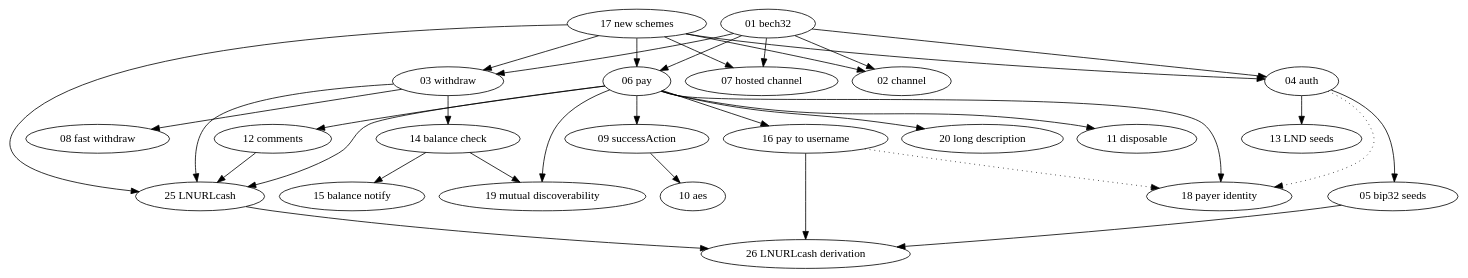
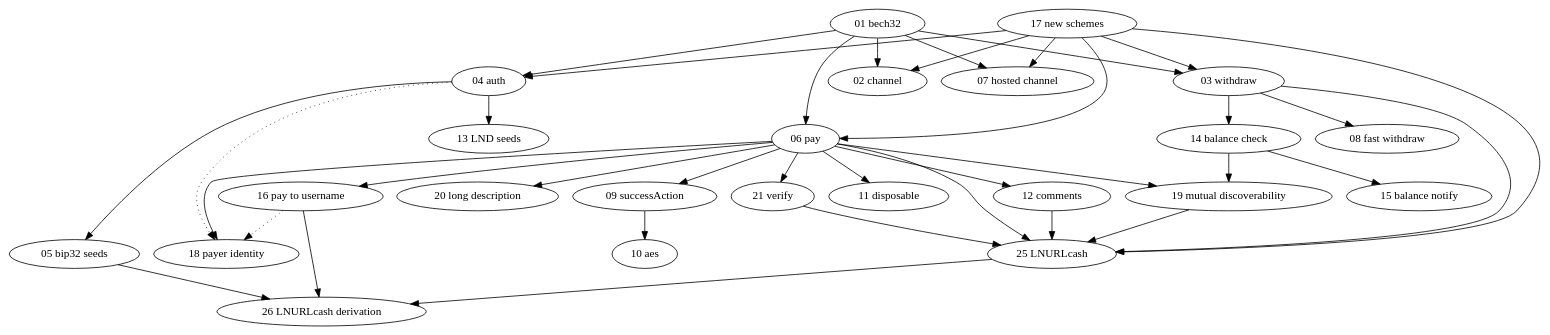
One commit to lnurl/luds changed the diagram in dependencies.dot. Above: the diagram before and after it, drawn with Graphviz. The commit also changed 4 other files, not shown here.

```diff
--- a/dependencies.dot
+++ b/dependencies.dot
@@ -1,39 +1,41 @@
 digraph {
   01[label="01 bech32"]
   02[label="02 channel"]
   03[label="03 withdraw"]
   04[label="04 auth"]
   05[label="05 bip32 seeds"]
   06[label="06 pay"]
   07[label="07 hosted channel"]
   08[label="08 fast withdraw"]
   09[label="09 successAction"]
   10[label="10 aes"]
   11[label="11 disposable"]
   12[label="12 comments"]
   13[label="13 LND seeds"]
   14[label="14 balance check"]
   15[label="15 balance notify"]
   16[label="16 pay to username"]
   17[label="17 new schemes"]
   18[label="18 payer identity"]
   19[label="19 mutual discoverability"]
   20[label="20 long description"]
+  21[label="21 verify"]
   25[label="25 LNURLcash"]
   26[label="26 LNURLcash derivation"]
 
   { 01 17 } -> { 02 03 04 06 07 } // base protocols depend on URL format
   04 -> { 05 13 } // lnurl-auth seed generation methods
   03 -> 08 // fast withdraw
   03 -> 14 -> 15 // balanceCheck/balanceNotify
   06 -> 11 // disposable lnurl-pay
   06 -> 20 // long description
+  06 -> 21 // payment verify
   06 -> 09 -> 10 // lnurl-pay successAction
   06 -> 12 // lnurl-pay comments
   06 -> 18 // lnurl-pay payer ids
   { 04 16 } -> 18 [style="dotted"] // loose relationship of payer id with lnurl-auth and lightning address
   06 -> 16 // paying to user@domain.com
   { 06 14 } -> 19 // mutually discoverable pay and withdraw links
-  { 03 06 12 17 } -> 25 // LNURLcash bearer notes built on withdraw/pay/comments/raw-url
+  { 03 06 12 17 19 21 } -> 25 // LNURLcash bearer notes built on withdraw/pay/comments/raw-url/payLink/verify
   { 05 16 25 } -> 26 // LNURLcash seed derivation and lightning address auto-mint
 }
```
